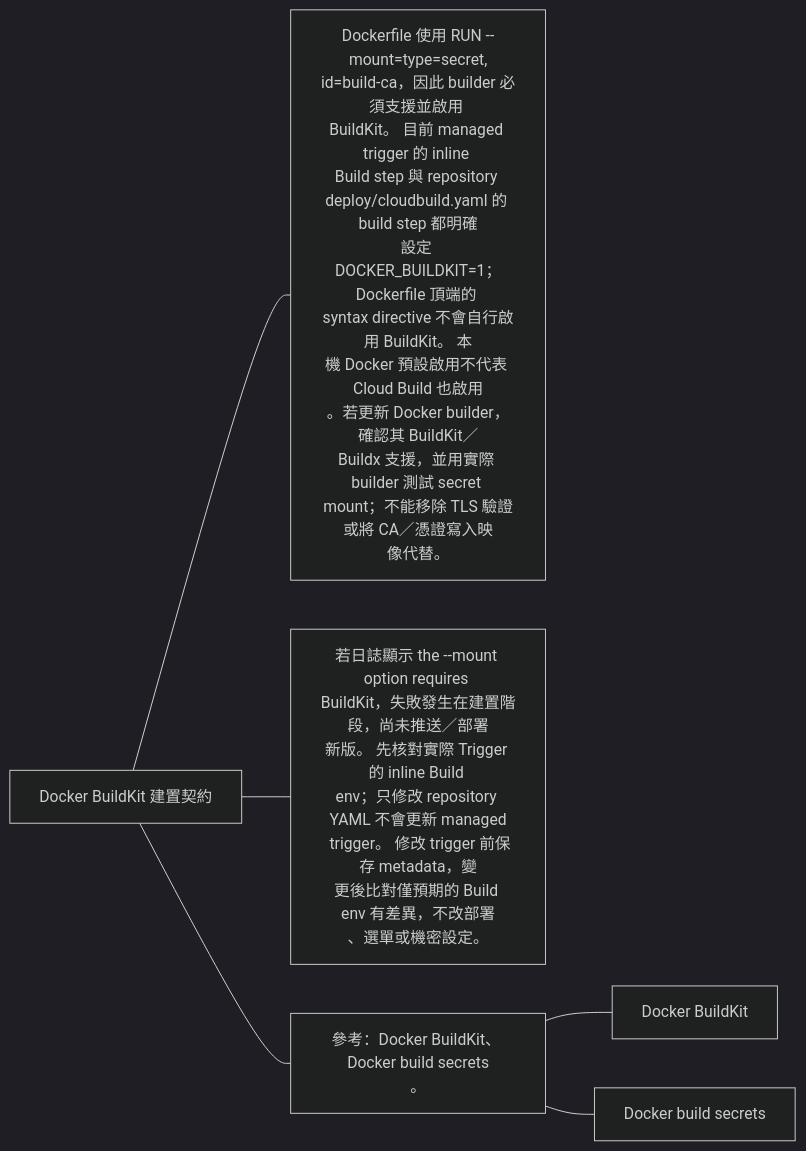
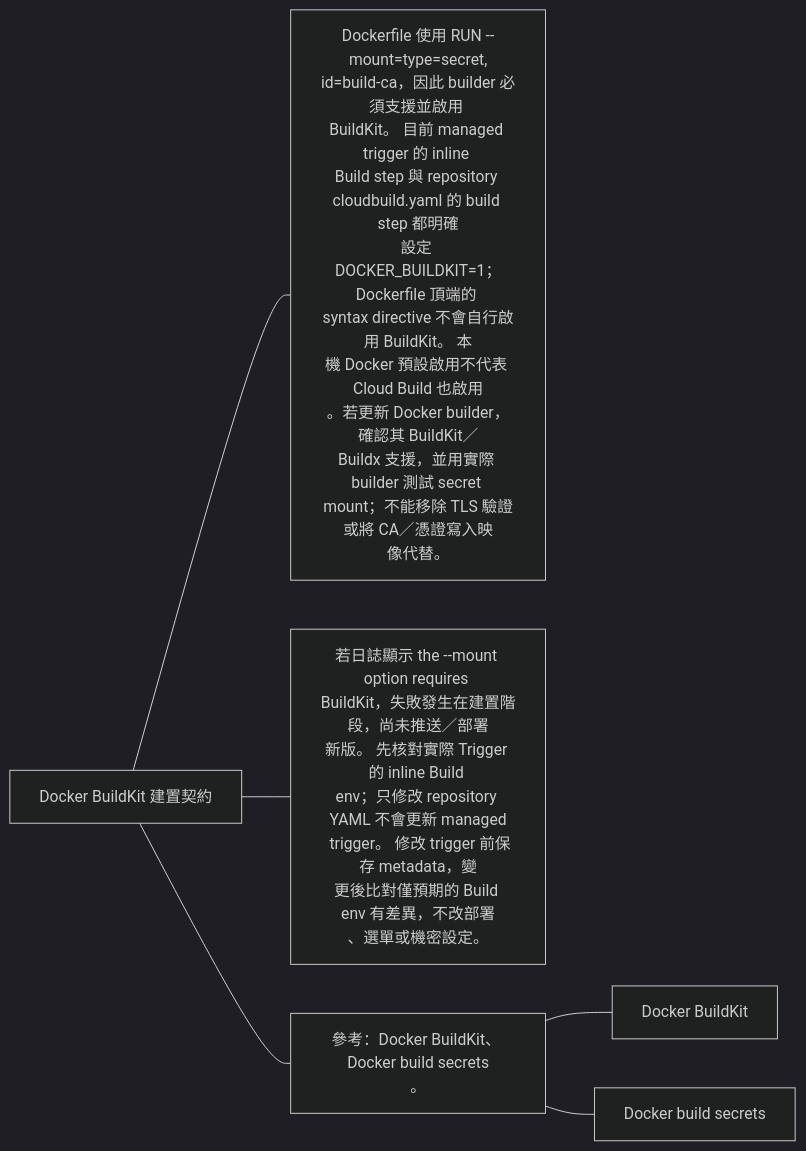
Diagram 16 of 19 in docs/operations/cloud-run.md (963sup/line-mini-app-bot), drawn with Mermaid (dark theme) before and after one commit. The commit also changed other lines of this file and 22 other files, not shown here.

````diff
--- a/docs/operations/cloud-run.md
+++ b/docs/operations/cloud-run.md
@@ -172,11 +178,11 @@
 ```mermaid
 flowchart LR
   h["Docker BuildKit 建置契約"]
-  h --- n0["Dockerfile 使用 RUN --mount=type=secret,<br/>id=build-ca，因此 builder 必須支援並啟用 <br/>BuildKit。 目前 managed trigger 的 inline <br/>Build step 與 repository <br/>deploy/cloudbuild.yaml 的 build step 都明確<br/>設定 DOCKER_BUILDKIT=1；Dockerfile 頂端的 <br/>syntax directive 不會自行啟用 BuildKit。 本<br/>機 Docker 預設啟用不代表 Cloud Build 也啟用<br/>。若更新 Docker builder，確認其 BuildKit／<br/>Buildx 支援，並用實際 builder 測試 secret <br/>mount；不能移除 TLS 驗證或將 CA／憑證寫入映<br/>像代替。"]
+  h --- n0["Dockerfile 使用 RUN --mount=type=secret,<br/>id=build-ca，因此 builder 必須支援並啟用 <br/>BuildKit。 目前 managed trigger 的 inline <br/>Build step 與 repository <br/>cloudbuild.yaml 的 build step 都明確<br/>設定 DOCKER_BUILDKIT=1；Dockerfile 頂端的 <br/>syntax directive 不會自行啟用 BuildKit。 本<br/>機 Docker 預設啟用不代表 Cloud Build 也啟用<br/>。若更新 Docker builder，確認其 BuildKit／<br/>Buildx 支援，並用實際 builder 測試 secret <br/>mount；不能移除 TLS 驗證或將 CA／憑證寫入映<br/>像代替。"]
   h --- n1["若日誌顯示 the --mount option requires <br/>BuildKit，失敗發生在建置階段，尚未推送／部署<br/>新版。 先核對實際 Trigger 的 inline Build <br/>env；只修改 repository YAML 不會更新 managed<br/> trigger。 修改 trigger 前保存 metadata，變<br/>更後比對僅預期的 Build env 有差異，不改部署<br/>、選單或機密設定。"]
   h --- n2["參考：Docker BuildKit、 Docker build secrets<br/>。"]
   n2 --- n2l0["Docker BuildKit"]
   click n2l0 "https://docs.docker.com/build/buildkit/"
   n2 --- n2l1["Docker build secrets"]
   click n2l1 "https://docs.docker.com/build/building/secrets/"
 ```
````
